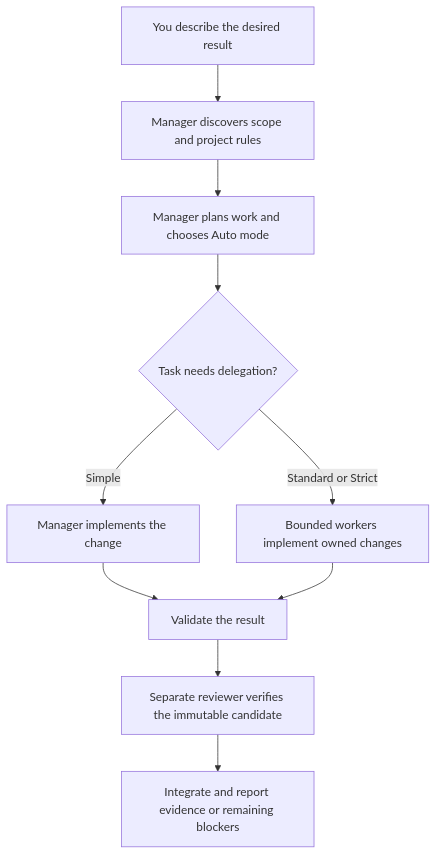
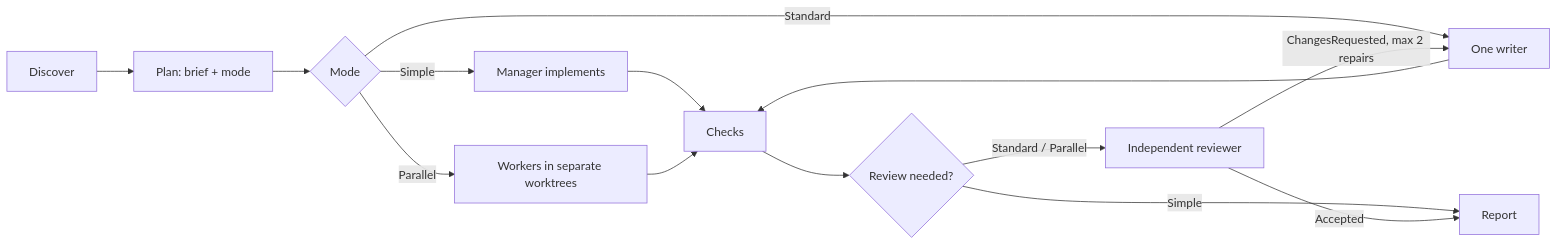
One commit to UnioGame/lemmings.ai changed the diagram in README.md. Above: the diagram before and after it, drawn with Mermaid. The commit also changed other lines of this file and 168 other files, not shown here.

First line of the commit message:
Lemmings 7.0: replace the schema-v5 runtime with a skill-first flow

````diff
--- a/README.md
+++ b/README.md
@@ -11,12 +11,16 @@
 ```mermaid
-flowchart TD
-  A[You describe the desired result] --> B[Manager discovers scope and project rules]
-  B --> C[Manager plans work and chooses Auto mode]
-  C --> D{Task needs delegation?}
-  D -->|Simple| E[Manager implements the change]
-  D -->|Standard or Strict| F[Bounded workers implement owned changes]
-  E --> H[Validate the result]
-  F --> H
-  H --> G[Separate reviewer verifies the immutable candidate]
-  G --> I[Integrate and report evidence or remaining blockers]
+flowchart LR
+  A[Discover] --> B[Plan: brief + mode]
+  B --> C{Mode}
+  C -->|Simple| D[Manager implements]
+  C -->|Standard| E[One writer]
+  C -->|Parallel| F[Workers in separate worktrees]
+  D --> G[Checks]
+  E --> G
+  F --> G
+  G --> H{Review needed?}
+  H -->|Standard / Parallel| I[Independent reviewer]
+  H -->|Simple| J[Report]
+  I -->|ChangesRequested, max 2 repairs| E
+  I -->|Accepted| J
 ```
````
